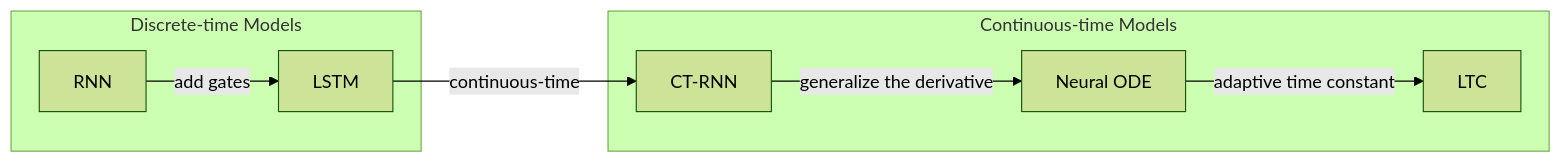
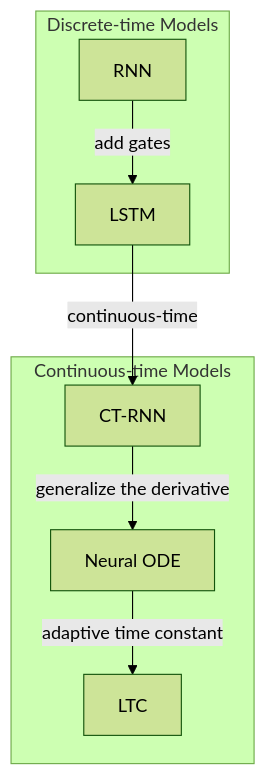
One commit to boliu-ee/LTC changed the diagram in README.md. Above: the diagram before and after it, drawn with Mermaid (forest theme).

````diff
--- a/README.md
+++ b/README.md
@@ -538,18 +538,18 @@
 ```mermaid
-flowchart LR
+flowchart TB
     subgraph G1["Discrete-time Models"]
         A["RNN"]
         B["LSTM"]
         A -->|add gates| B
     end
 
     subgraph G2["Continuous-time Models"]
         C["CT-RNN"]
         D["Neural ODE"]
         E["LTC"]
         C -->|generalize the derivative| D
         D -->|adaptive time constant| E
     end
 
     B -->|continuous-time| C
 ```
````
